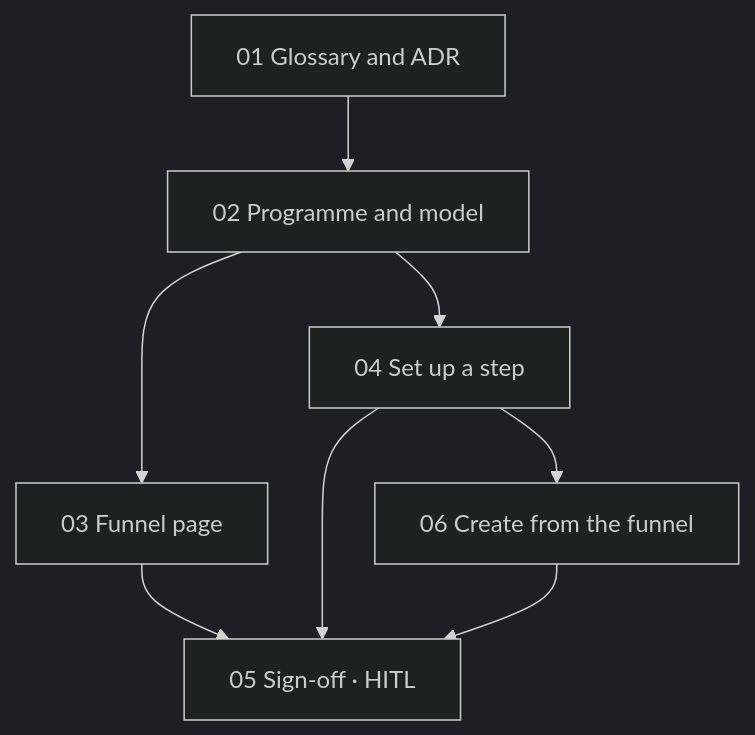
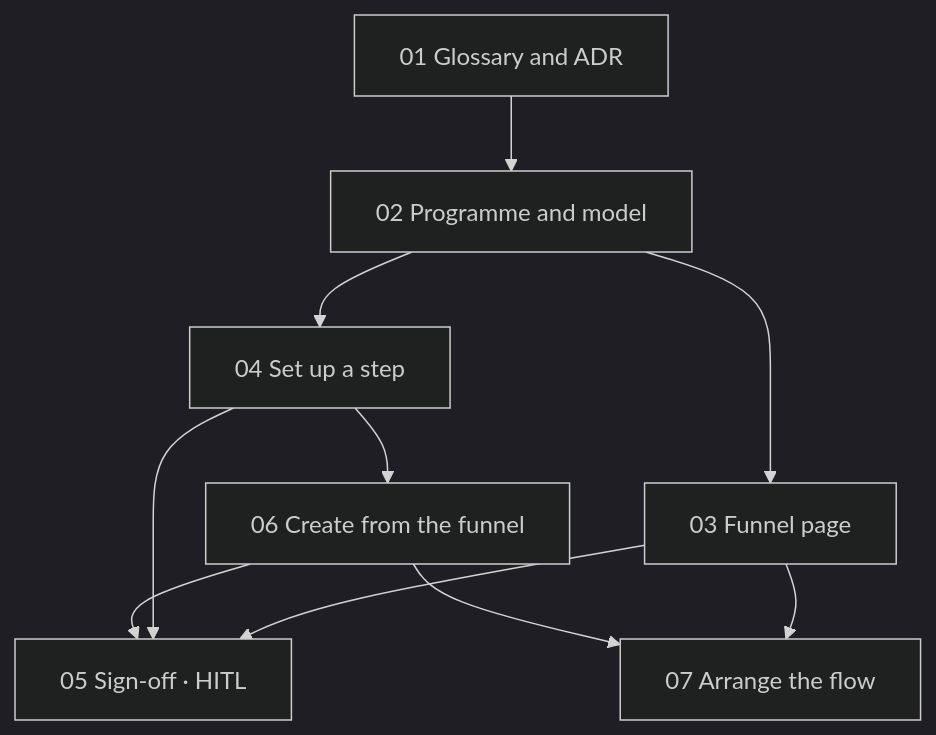
The diagram in .claude/PRD-email-funnel/issues/README.md (ivanyeors/mp), drawn with Mermaid (dark theme) before and after one commit. The commit also changed other lines of this file and 4 other files, not shown here.

First line of the commit message:
Email funnel slice 07: arrange the flow by dragging, written up (PRD decision 10, ADR 0054 (8))

````diff
--- a/.claude/PRD-email-funnel/issues/README.md
+++ b/.claude/PRD-email-funnel/issues/README.md
@@ -20,10 +21,12 @@
 ```mermaid
 graph TD
   s01[01 Glossary and ADR] --> s02[02 Programme and model]
   s02 --> s03[03 Funnel page]
   s02 --> s04[04 Set up a step]
   s04 --> s06[06 Create from the funnel]
   s03 --> s05[05 Sign-off · HITL]
   s04 --> s05
   s06 --> s05
+  s03 --> s07[07 Arrange the flow]
+  s06 --> s07
 ```
````
